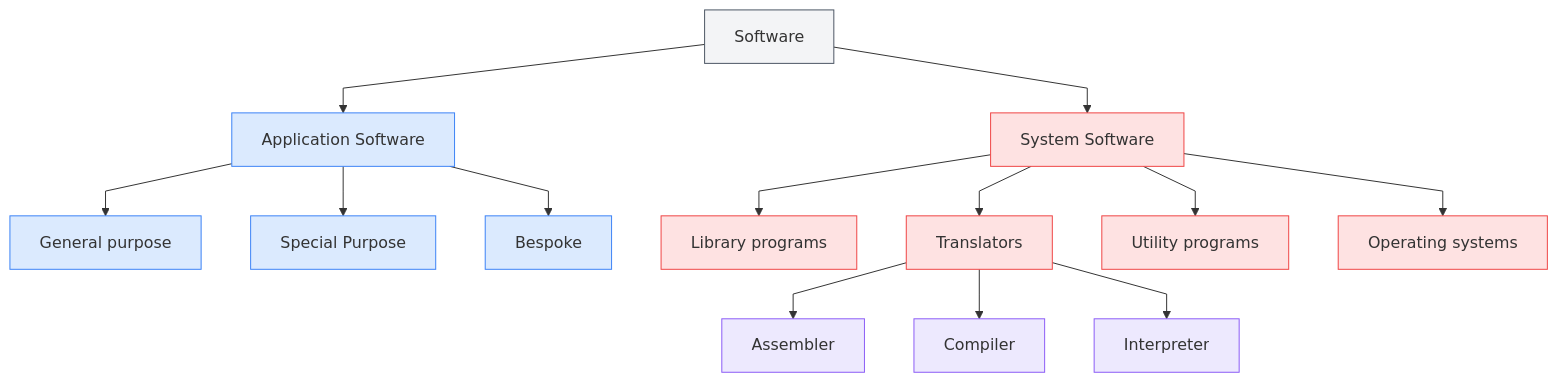
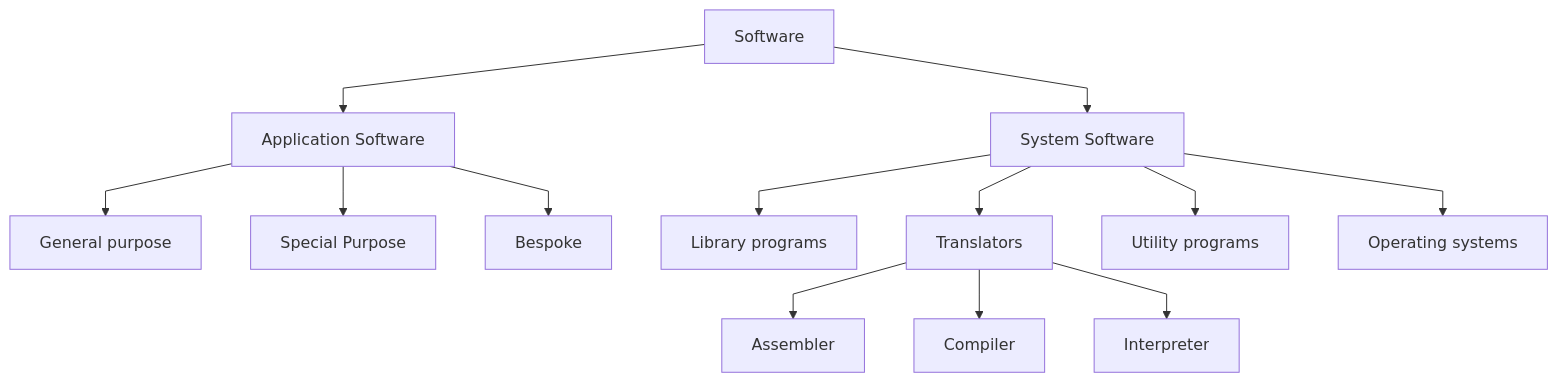
Before and after one commit to Mirasik1/ComputerScience: the diagram in content/Topics/CS/11 Grade/Software.md, drawn with Mermaid.

Commit message:
Quartz sync: Apr 8, 2025, 8:55 PM

````diff
--- a/content/Topics/CS/11 Grade/Software.md
+++ b/content/Topics/CS/11 Grade/Software.md
@@ -5,27 +5,21 @@
 ```mermaid
 %%{ init: { "flowchart": { "curve": "linear" } } }%%
 graph TD
-    %% Определения стилей
-    classDef base fill:#f3f4f6,stroke:#4b5563,stroke-width:2px;       %% Gray
-    classDef blue fill:#dbeafe,stroke:#3b82f6,stroke-width:2px;       %% Application Software
-    classDef red fill:#fee2e2,stroke:#ef4444,stroke-width:2px;        %% System Software
-    classDef purple fill:#ede9fe,stroke:#8b5cf6,stroke-width:2px;     %% Translators
-
     A[Software] --> B[Application Software]
     A --> C[System Software]
     B --> D[General purpose]
     B --> E[Special Purpose]
     B --> F[Bespoke]
     C --> G[Library programs]
     C --> H[Translators]
     C --> I[Utility programs]
     C --> J[Operating systems]
     H --> K[Assembler]
     H --> L[Compiler]
     H --> M[Interpreter]
     class A base;
     class B,D,E,F blue;
     class C,G,I,J,H red;
     class K,L,M purple;
 
 ```
````
